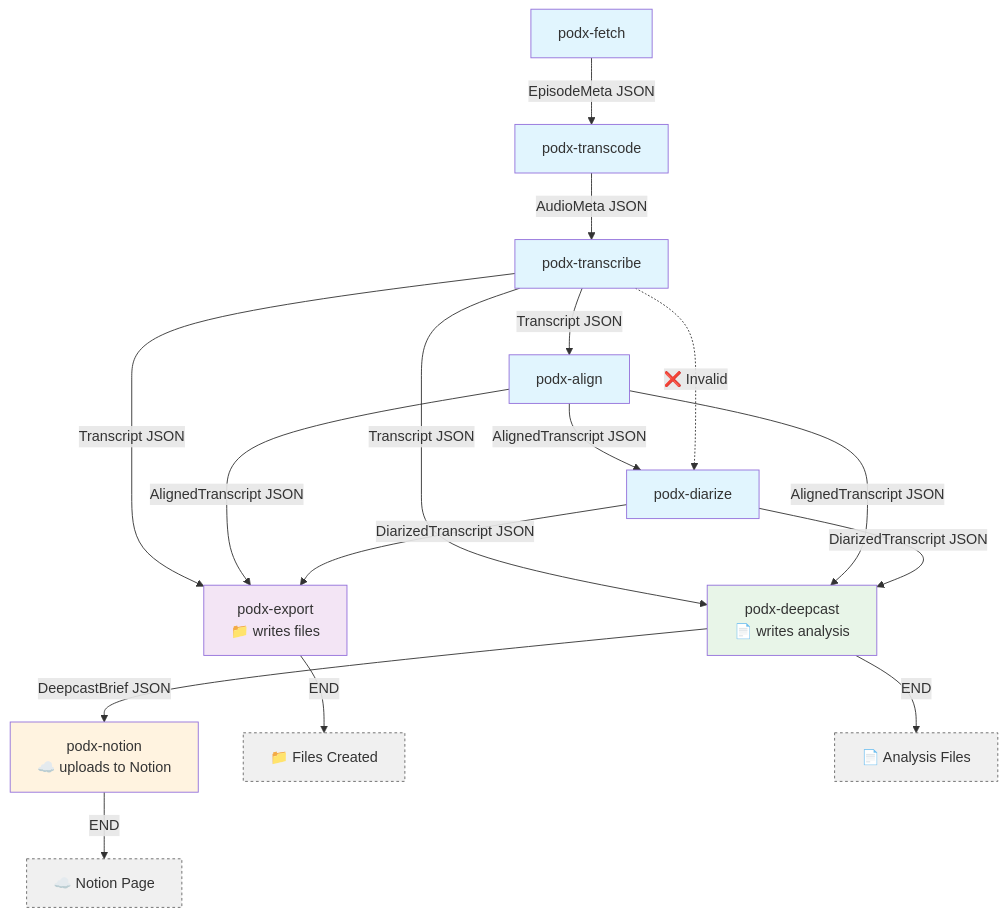
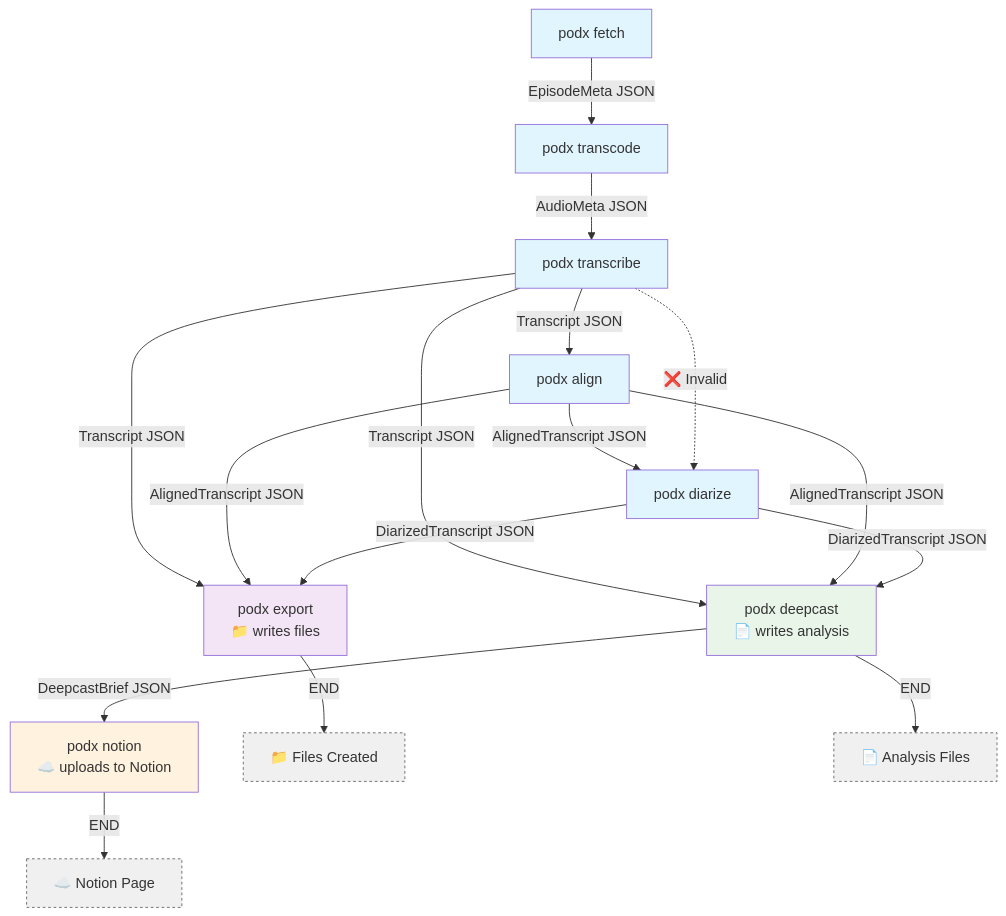
Before and after one commit to evanhourigan/podx: the diagram in docs/PIPELINE_FLOW.md, drawn with Mermaid. The commit also changed other lines of this file and 12 other files, not shown here.

````diff
--- a/docs/PIPELINE_FLOW.md
+++ b/docs/PIPELINE_FLOW.md
@@ -3,38 +3,38 @@
 ```mermaid
 graph TD
-    A[podx-fetch] -->|EpisodeMeta JSON| B[podx-transcode]
-    B -->|AudioMeta JSON| C[podx-transcribe]
-    C -->|Transcript JSON| D[podx-align]
-    D -->|AlignedTranscript JSON| E[podx-diarize]
-    C -->|Transcript JSON| F[podx-export<br/>📁 writes files]
+    A[podx fetch] -->|EpisodeMeta JSON| B[podx transcode]
+    B -->|AudioMeta JSON| C[podx transcribe]
+    C -->|Transcript JSON| D[podx align]
+    D -->|AlignedTranscript JSON| E[podx diarize]
+    C -->|Transcript JSON| F[podx export<br/>📁 writes files]
     D -->|AlignedTranscript JSON| F
     E -->|DiarizedTranscript JSON| F
 
     %% AI Analysis and Publishing
-    C -->|Transcript JSON| G[podx-deepcast<br/>📄 writes analysis]
+    C -->|Transcript JSON| G[podx deepcast<br/>📄 writes analysis]
     D -->|AlignedTranscript JSON| G
     E -->|DiarizedTranscript JSON| G
-    G -->|DeepcastBrief JSON| H[podx-notion<br/>☁️ uploads to Notion]
+    G -->|DeepcastBrief JSON| H[podx notion<br/>☁️ uploads to Notion]
 
     %% Invalid flows (shown in red/dashed)
     C -.->|❌ Invalid| E
 
     %% End state indicators
     F -->|END| F1[📁 Files Created]
     G -->|END| G1[📄 Analysis Files]
     H -->|END| H1[☁️ Notion Page]
 
     %% Styling
     classDef valid fill:#e1f5fe
     classDef invalid fill:#ffebee,stroke:#f44336,stroke-dasharray: 5 5
     classDef endpoint fill:#f3e5f5
     classDef ai fill:#e8f5e8
     classDef publish fill:#fff3e0
     classDef endstate fill:#f0f0f0,stroke:#666,stroke-dasharray: 3 3
 
     class A,B,C,D,E valid
     class F,G,H endpoint
     class G ai
     class H publish
     class F1,G1,H1 endstate
 ```
````
